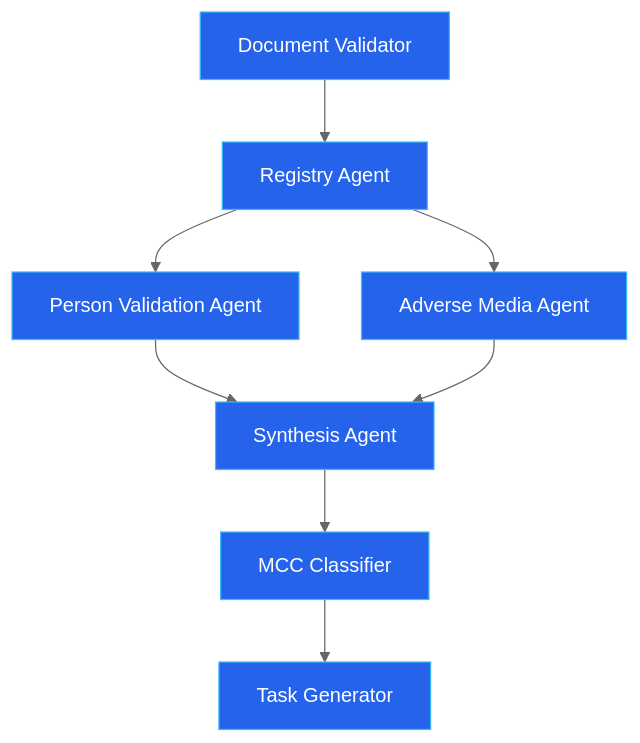
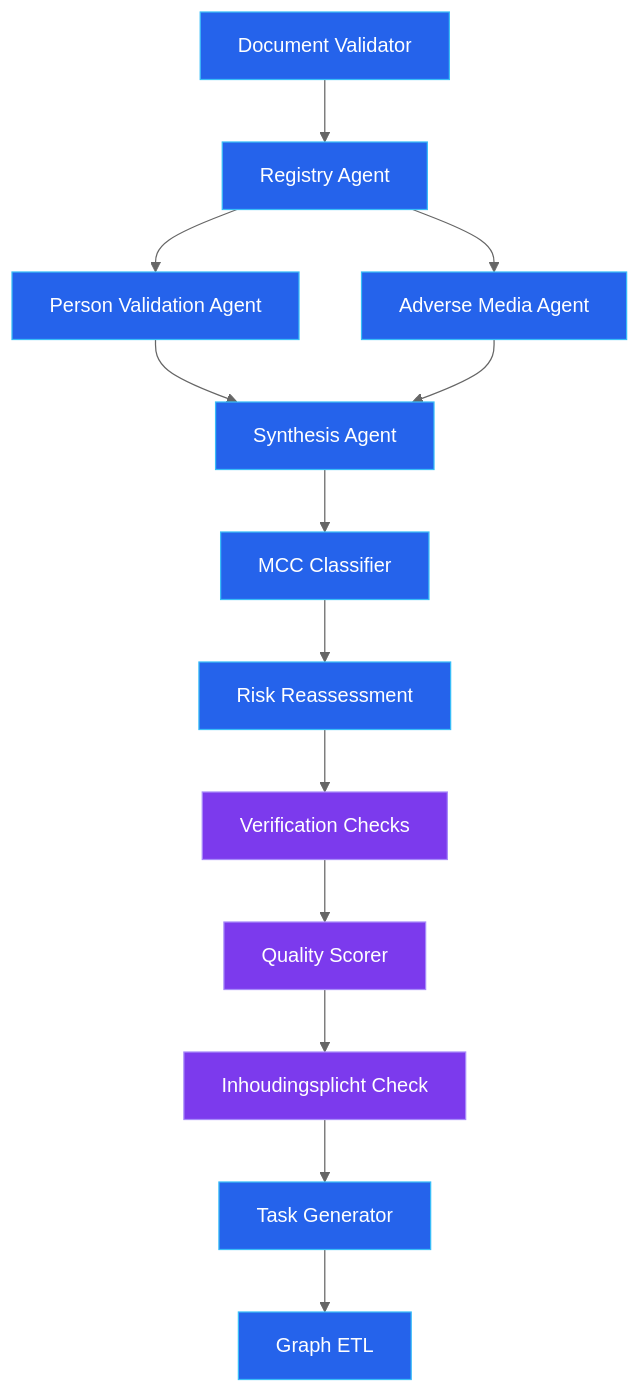
The first of 2 diagrams in docs/architecture/osint-pipeline.md (Tsunami-max/trust-relay-docs), drawn with Mermaid (neutral theme) before and after one commit. The commit also changed other lines of this file and 112 other files, not shown here.

````diff
--- a/docs/architecture/osint-pipeline.md
+++ b/docs/architecture/osint-pipeline.md
@@ -12,18 +36,28 @@
 ```mermaid
 graph TD
     DV[Document Validator] --> R[Registry Agent]
     R --> PV[Person Validation Agent]
     R --> AM[Adverse Media Agent]
     PV --> S[Synthesis Agent]
     AM --> S
     S --> MCC[MCC Classifier]
-    MCC --> TG[Task Generator]
+    MCC --> RR[Risk Reassessment]
+    RR --> VC[Verification Checks]
+    VC --> QS[Quality Scorer]
+    QS --> INH[Inhoudingsplicht Check]
+    INH --> TG[Task Generator]
+    TG --> GE[Graph ETL]
 
     style DV fill:#2563eb,stroke:#38bdf8,color:#fff
     style R fill:#2563eb,stroke:#38bdf8,color:#fff
     style PV fill:#2563eb,stroke:#38bdf8,color:#fff
     style AM fill:#2563eb,stroke:#38bdf8,color:#fff
     style S fill:#2563eb,stroke:#38bdf8,color:#fff
     style MCC fill:#2563eb,stroke:#38bdf8,color:#fff
+    style RR fill:#2563eb,stroke:#38bdf8,color:#fff
+    style VC fill:#7c3aed,stroke:#a78bfa,color:#fff
+    style QS fill:#7c3aed,stroke:#a78bfa,color:#fff
+    style INH fill:#7c3aed,stroke:#a78bfa,color:#fff
     style TG fill:#2563eb,stroke:#38bdf8,color:#fff
+    style GE fill:#2563eb,stroke:#38bdf8,color:#fff
 ```
````
